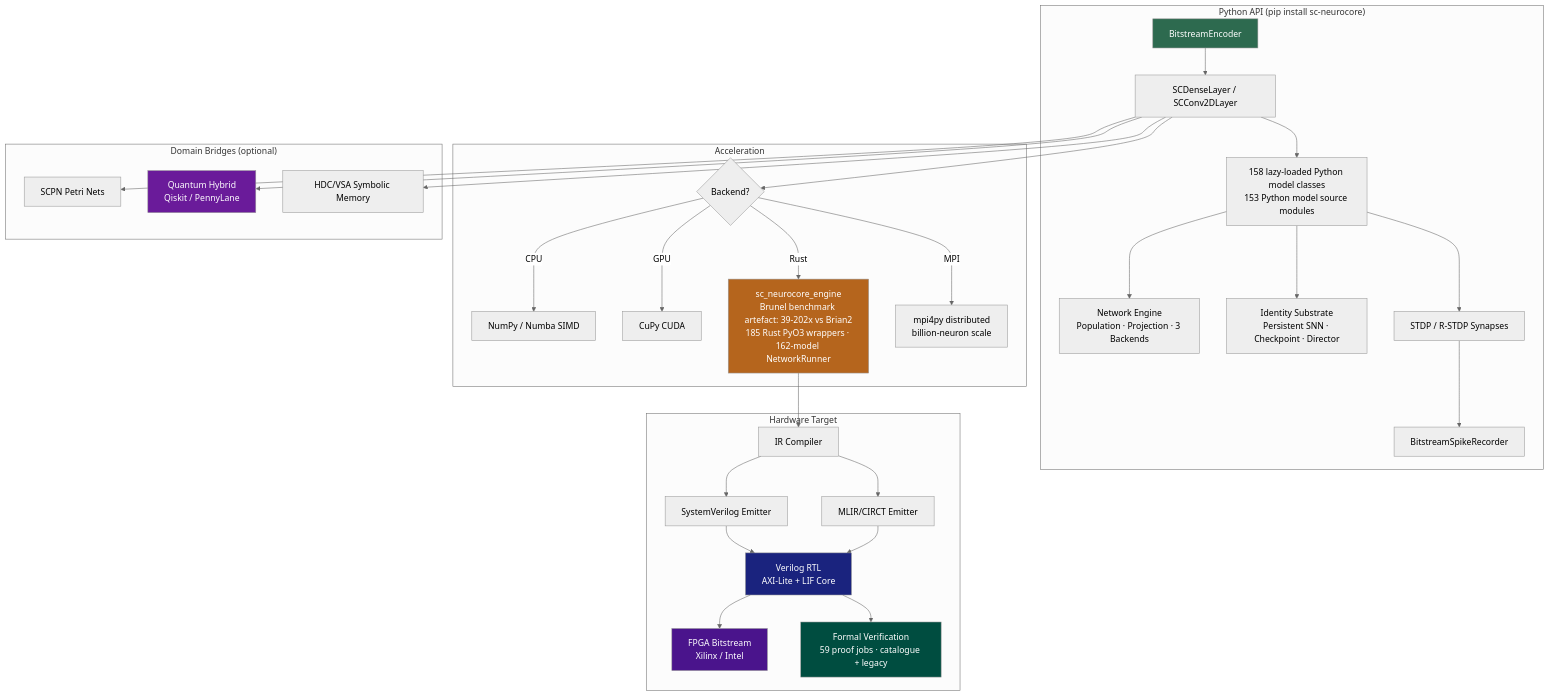
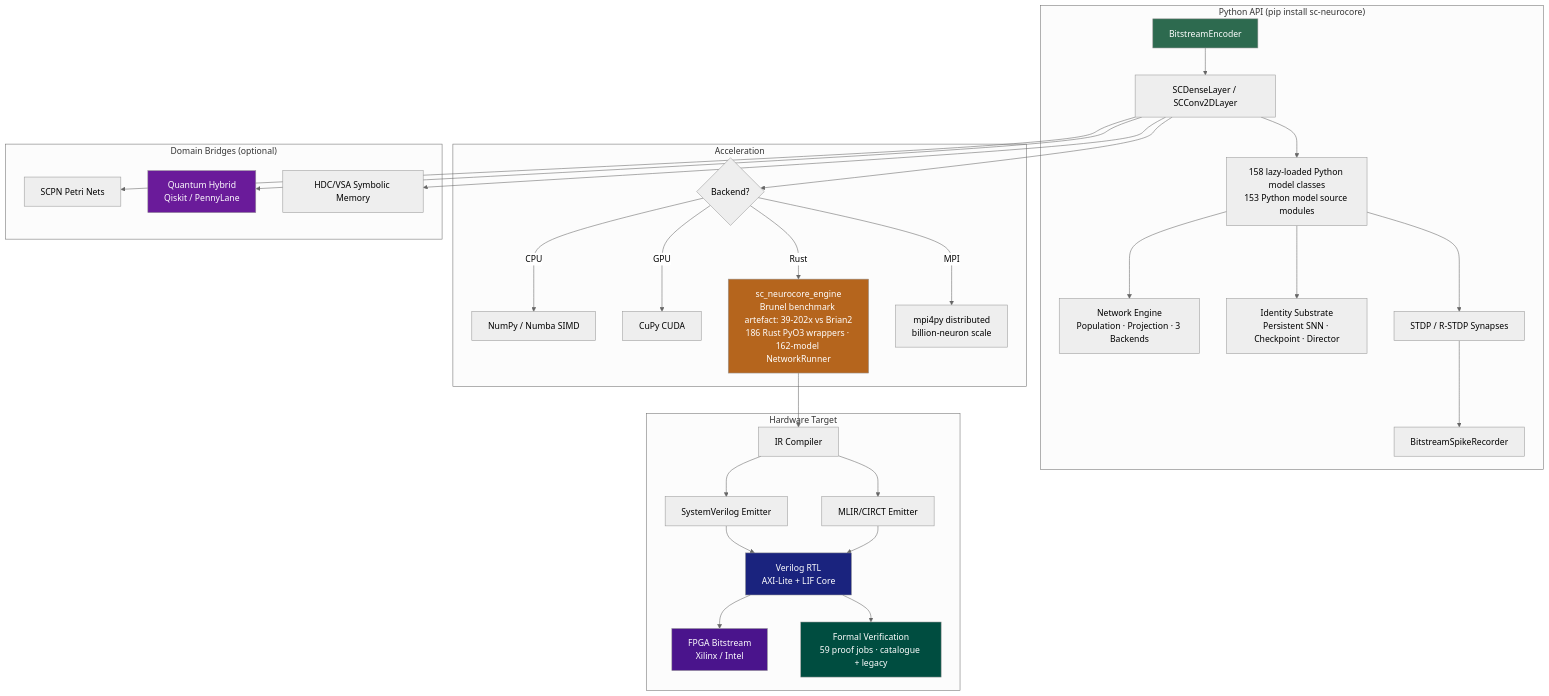
The diagram in README.md (anulum/sc-neurocore), drawn with Mermaid (neutral theme) before and after one commit. The commit also changed other lines of this file and 11 other files, not shown here.

````diff
--- a/README.md
+++ b/README.md
@@ -365,42 +365,42 @@
 ```mermaid
 graph TD
     subgraph "Python API (pip install sc-neurocore)"
         A[BitstreamEncoder] --> B[SCDenseLayer / SCConv2DLayer]
         B --> C[158 lazy-loaded Python model classes<br/>153 Python model source modules]
         C --> NET[Network Engine<br/>Population · Projection · 3 Backends]
         C --> ID[Identity Substrate<br/>Persistent SNN · Checkpoint · Director]
         C --> D[STDP / R-STDP Synapses]
         D --> E[BitstreamSpikeRecorder]
     end
 
     subgraph "Acceleration"
         B --> F{Backend?}
         F -->|CPU| G[NumPy / Numba SIMD]
         F -->|GPU| H[CuPy CUDA]
-        F -->|Rust| I[sc_neurocore_engine<br/>Brunel benchmark artefact: 39-202x vs Brian2<br/>185 Rust PyO3 wrappers · 162-model NetworkRunner]
+        F -->|Rust| I[sc_neurocore_engine<br/>Brunel benchmark artefact: 39-202x vs Brian2<br/>186 Rust PyO3 wrappers · 162-model NetworkRunner]
         F -->|MPI| MPI[mpi4py distributed<br/>billion-neuron scale]
     end
 
     subgraph "Hardware Target"
         I --> J[IR Compiler]
         J --> K[SystemVerilog Emitter]
         J --> K2[MLIR/CIRCT Emitter]
         K --> L[Verilog RTL<br/>AXI-Lite + LIF Core]
         K2 --> L
         L --> M[FPGA Bitstream<br/>Xilinx / Intel]
         L --> V[Formal Verification<br/>59 proof jobs · catalogue + legacy]
     end
 
     subgraph "Domain Bridges (optional)"
         B --> N[SCPN Petri Nets]
         B --> O[Quantum Hybrid<br/>Qiskit / PennyLane]
         B --> P[HDC/VSA Symbolic Memory]
     end
 
     style A fill:#2d6a4f,color:#fff
     style I fill:#b5651d,color:#fff
     style L fill:#1a237e,color:#fff
     style M fill:#4a148c,color:#fff
     style O fill:#6a1b9a,color:#fff
     style V fill:#004d40,color:#fff
 ```
````
